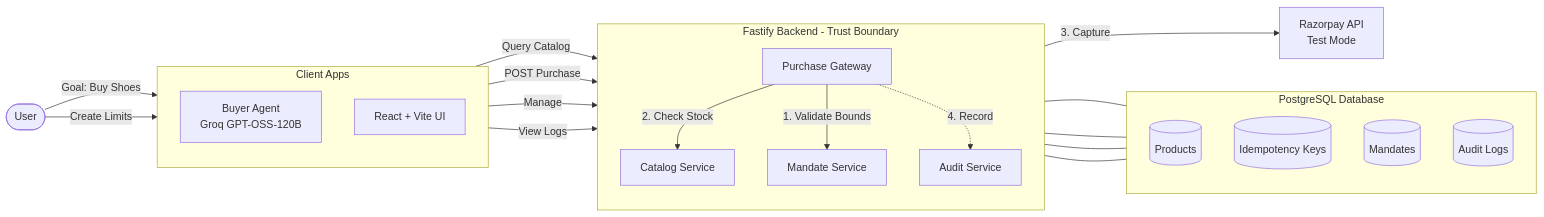
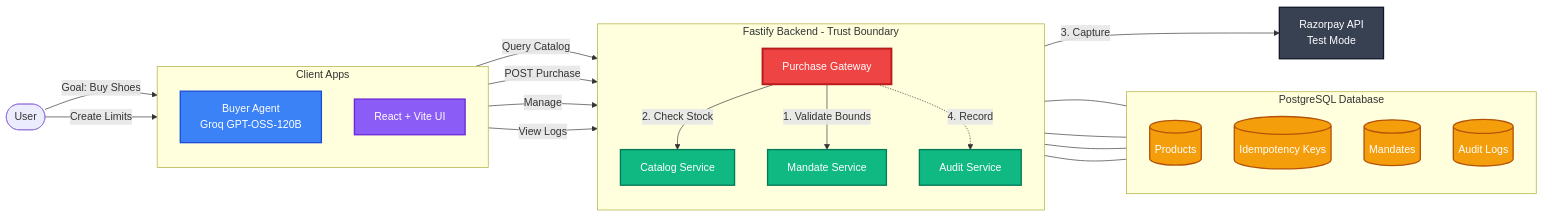
One commit to ascend-x/Boundpay changed the diagram in README.md. Above: the diagram before and after it, drawn with Mermaid. The commit also changed other lines of this file, not shown here.

Commit message:
docs: add color styling to mermaid diagram and explanation section

````diff
--- a/README.md
+++ b/README.md
@@ -54,54 +54,62 @@
 ```mermaid
 graph LR
+    %% Styling
+    classDef ai fill:#3b82f6,stroke:#1d4ed8,stroke-width:2px,color:#fff;
+    classDef ui fill:#8b5cf6,stroke:#6d28d9,stroke-width:2px,color:#fff;
+    classDef gateway fill:#ef4444,stroke:#b91c1c,stroke-width:3px,color:#fff;
+    classDef backend fill:#10b981,stroke:#047857,stroke-width:2px,color:#fff;
+    classDef db fill:#f59e0b,stroke:#b45309,stroke-width:2px,color:#fff;
+    classDef external fill:#374151,stroke:#111827,stroke-width:2px,color:#fff;
+
     %% Actors
     User([User])
 
     %% Client Tier
     subgraph Clients [Client Apps]
         direction TB
-        Agent[Buyer Agent<br/>Groq GPT-OSS-120B]
-        Frontend[React + Vite UI]
+        Agent[Buyer Agent<br/>Groq GPT-OSS-120B]:::ai
+        Frontend[React + Vite UI]:::ui
     end
 
     %% Service Tier
     subgraph TrustBoundary [Fastify Backend - Trust Boundary]
         direction TB
-        Catalog[Catalog Service]
-        Gateway[Purchase Gateway]
-        Mandate[Mandate Service]
-        Audit[Audit Service]
+        Catalog[Catalog Service]:::backend
+        Gateway[Purchase Gateway]:::gateway
+        Mandate[Mandate Service]:::backend
+        Audit[Audit Service]:::backend
     end
 
     %% Persistence Tier
     subgraph Persistence [PostgreSQL Database]
         direction TB
-        DB_Products[(Products)]
-        DB_Idempotency[(Idempotency Keys)]
-        DB_Mandates[(Mandates)]
-        DB_Audit[(Audit Logs)]
+        DB_Products[(Products)]:::db
+        DB_Idempotency[(Idempotency Keys)]:::db
+        DB_Mandates[(Mandates)]:::db
+        DB_Audit[(Audit Logs)]:::db
     end
 
     %% External
-    Razorpay[Razorpay API<br/>Test Mode]
+    Razorpay[Razorpay API<br/>Test Mode]:::external
 
     %% Flows
     User -->|Goal: Buy Shoes| Agent
     User -->|Create Limits| Frontend
 
     Agent -->|Query Catalog| Catalog
     Agent -->|POST Purchase| Gateway
 
     Frontend -->|Manage| Mandate
     Frontend -->|View Logs| Audit
 
     Gateway -->|1. Validate Bounds| Mandate
     Gateway -->|2. Check Stock| Catalog
     Gateway -->|3. Capture| Razorpay
     Gateway -.->|4. Record| Audit
 
     %% DB Connections
     Catalog --- DB_Products
     Gateway --- DB_Idempotency
     Mandate --- DB_Mandates
     Audit --- DB_Audit
 ```
````
